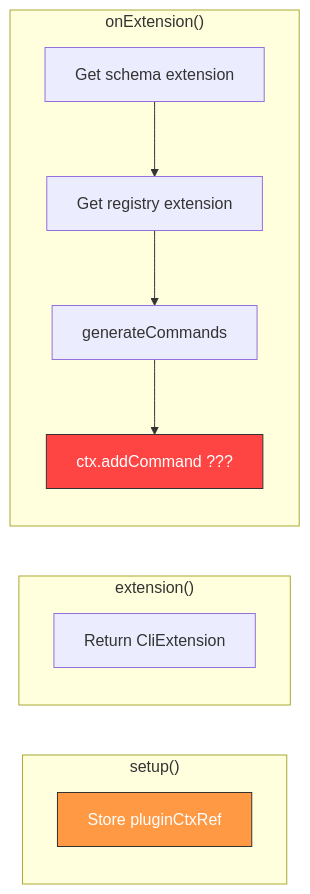
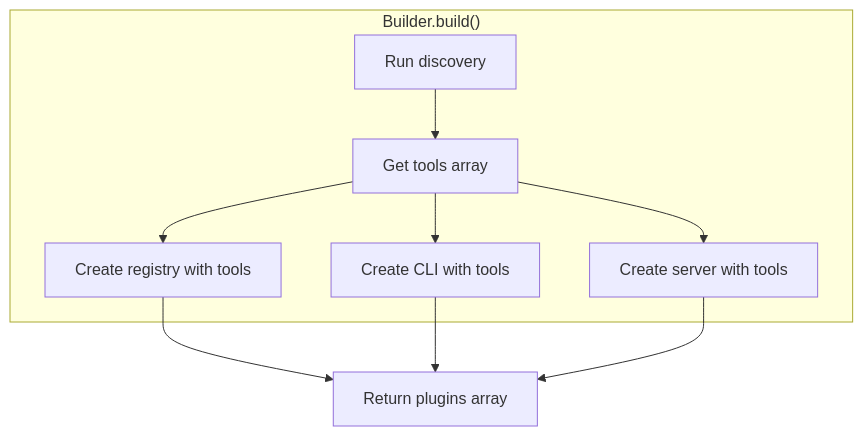
The sixth of 6 diagrams in doc/discovery/gunshi-lifecycle.md (rektide/gunshi-mcp), drawn with Mermaid before and after one commit. The commit also changed other lines of this file, not shown here.

````diff
--- a/doc/discovery/gunshi-lifecycle.md
+++ b/doc/discovery/gunshi-lifecycle.md
@@ -277,19 +294,11 @@
 ```mermaid
-flowchart LR
-    subgraph "setup()"
-        A[Store pluginCtxRef]
+flowchart TB
+    subgraph "Builder.build()"
+        A[Run discovery] --> B[Get tools array]
+        B --> C[Create registry with tools]
+        B --> D[Create CLI with tools]
+        B --> E[Create server with tools]
     end
-
-    subgraph "extension()"
-        B[Return CliExtension]
-    end
-
-    subgraph "onExtension()"
-        C[Get schema extension] --> D[Get registry extension]
-        D --> E[generateCommands]
-        E --> F[ctx.addCommand ???]
-    end
-
-    style A fill:#f94,stroke:#333,color:#fff
-    style F fill:#f44,stroke:#333,color:#fff
+    
+    C & D & E --> F[Return plugins array]
 ```
````
